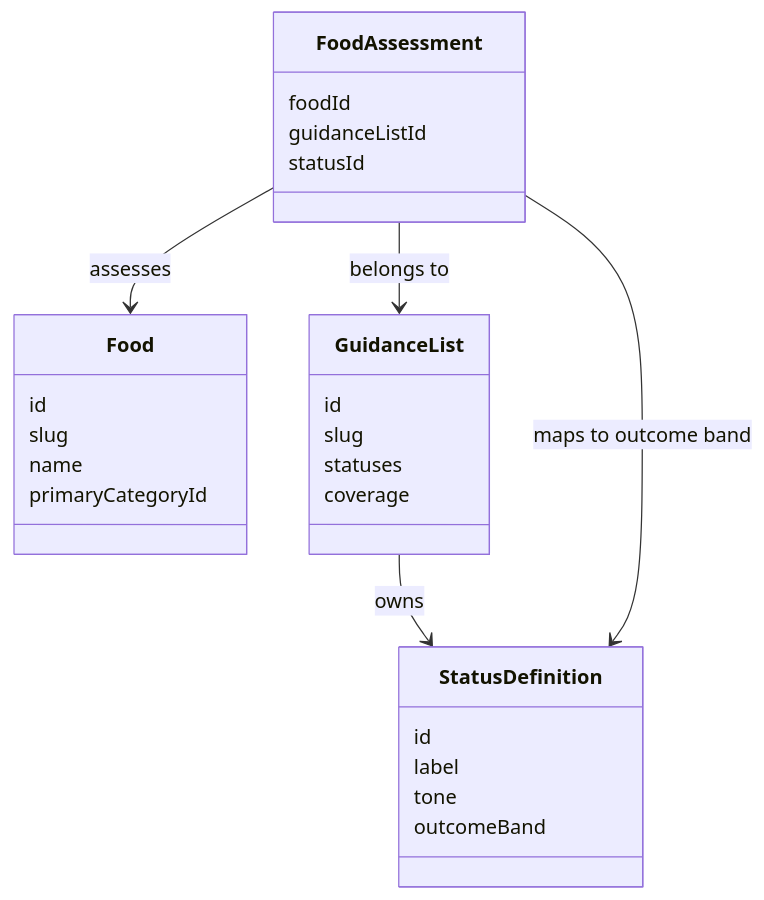
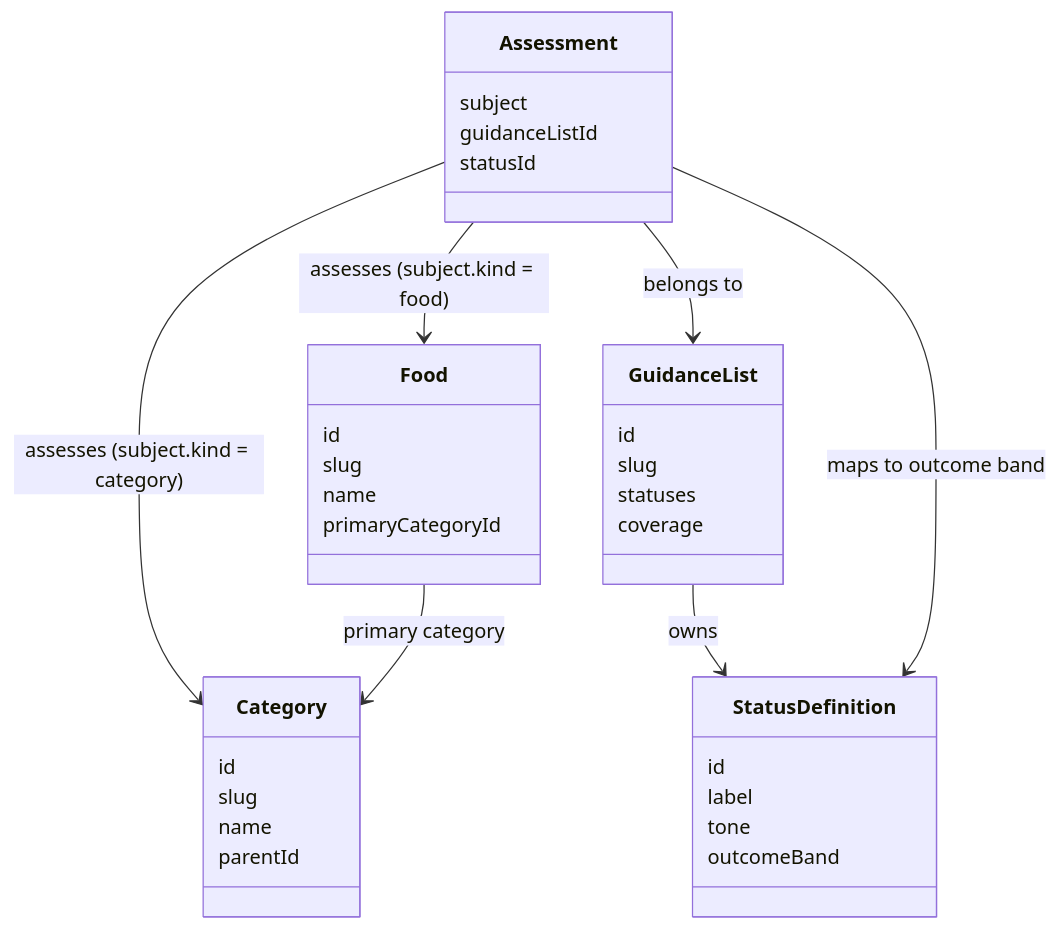
One commit to cryosis7/can-polly-eat-it changed the diagram in docs/features/08-rework-guidance-scope-filtering.md. Above: the diagram before and after it, drawn with Mermaid. The commit also changed 26 other files, not shown here.

````diff
--- a/docs/features/08-rework-guidance-scope-filtering.md
+++ b/docs/features/08-rework-guidance-scope-filtering.md
@@ -49,34 +49,43 @@
 ```mermaid
 classDiagram
   class Food {
     id
     slug
     name
     primaryCategoryId
+  }
+
+  class Category {
+    id
+    slug
+    name
+    parentId
   }
 
   class GuidanceList {
     id
     slug
     statuses
     coverage
   }
 
   class StatusDefinition {
     id
     label
     tone
     outcomeBand
   }
 
-  class FoodAssessment {
-    foodId
+  class Assessment {
+    subject
     guidanceListId
     statusId
   }
 
-  FoodAssessment --> Food : assesses
-  FoodAssessment --> GuidanceList : belongs to
+  Assessment --> Food : assesses (subject.kind = food)
+  Assessment --> Category : assesses (subject.kind = category)
+  Food --> Category : primary category
+  Assessment --> GuidanceList : belongs to
   GuidanceList --> StatusDefinition : owns
-  FoodAssessment --> StatusDefinition : maps to outcome band
+  Assessment --> StatusDefinition : maps to outcome band
 ```
````
